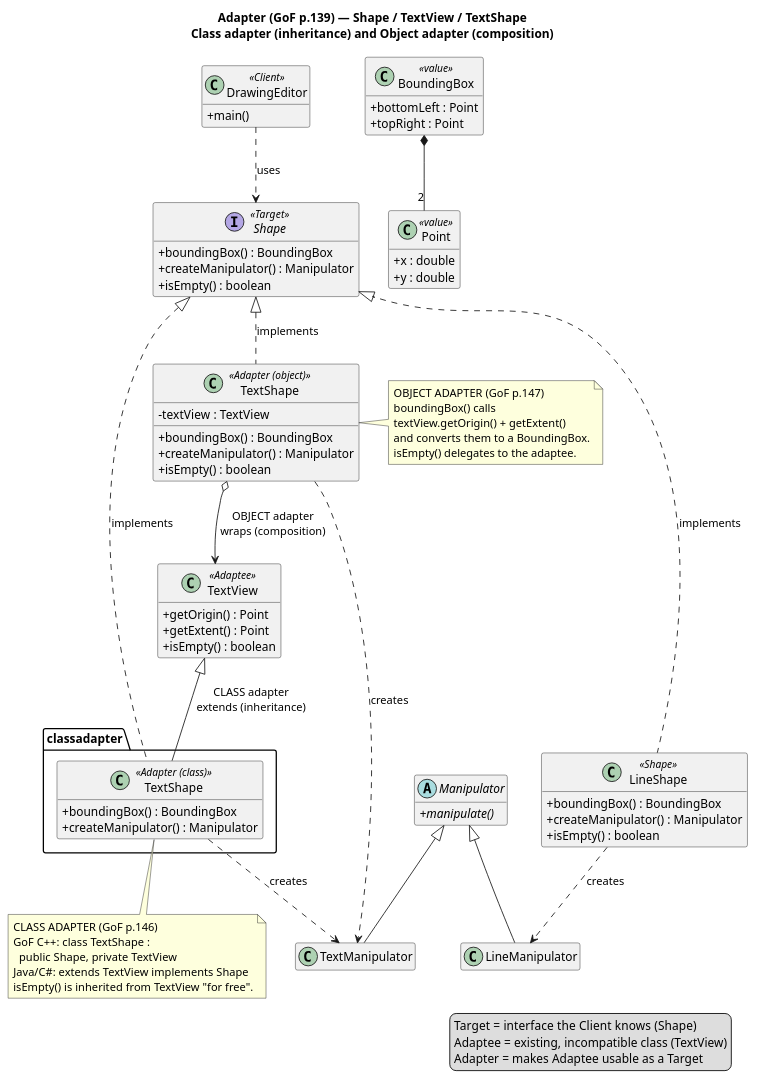
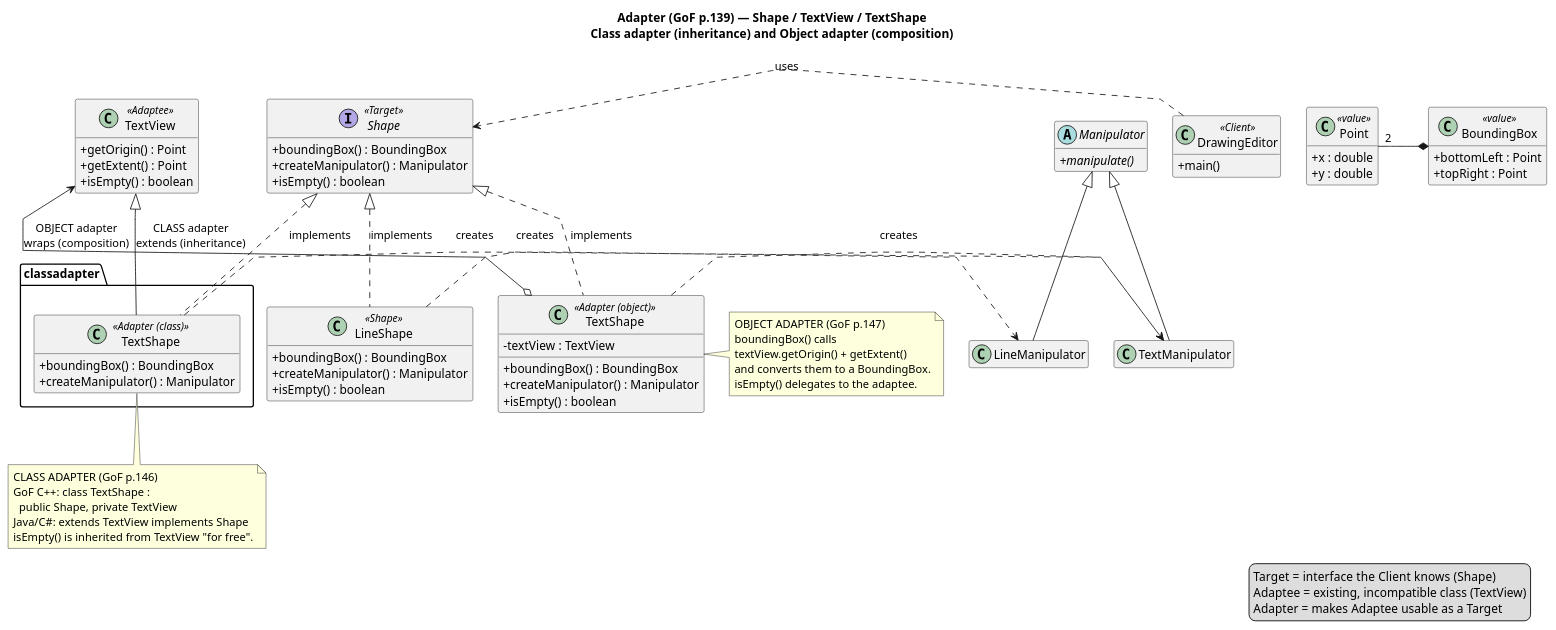
The diagram in src/main/java/dev/kaldiroglu/dp/structural/adapter/gof/CD4.puml (kaldiroglu/DesignPatternsWithJava), drawn with PlantUML before and after one commit. The commit also changed 145 other files, not shown here.

Commit message:
Structural diagrams: each parent above and centered over its children, on one row, with straight lines; pm and pluggable adapter diagrams name the current methods and classes

```diff
--- a/src/main/java/dev/kaldiroglu/dp/structural/adapter/gof/CD4.puml
+++ b/src/main/java/dev/kaldiroglu/dp/structural/adapter/gof/CD4.puml
@@ -6,106 +6,108 @@
 @startuml adapter-class-diagram
+skinparam linetype polyline
+skinparam nodesep 30
 title Adapter (GoF p.139) — Shape / TextView / TextShape\nClass adapter (inheritance) and Object adapter (composition)
 
 skinparam classAttributeIconSize 0
 skinparam shadowing false
 hide empty members
 
 ' ---------- Target ----------
 interface Shape <<Target>> {
   +boundingBox() : BoundingBox
   +createManipulator() : Manipulator
   +isEmpty() : boolean
 }
 
 ' ---------- Adaptee ----------
 class TextView <<Adaptee>> {
   +getOrigin() : Point
   +getExtent() : Point
   +isEmpty() : boolean
 }
 
 ' ---------- Object Adapter ----------
 class TextShape <<Adapter (object)>> {
   -textView : TextView
   +boundingBox() : BoundingBox
   +createManipulator() : Manipulator
   +isEmpty() : boolean
 }
 
 ' ---------- Class Adapter ----------
 package classadapter {
   class "TextShape" as ClassTextShape <<Adapter (class)>> {
     +boundingBox() : BoundingBox
     +createManipulator() : Manipulator
   }
 }
 
 ' ---------- A native (non-adapted) Shape ----------
 class LineShape <<Shape>> {
   +boundingBox() : BoundingBox
   +createManipulator() : Manipulator
   +isEmpty() : boolean
 }
 
 ' ---------- Client ----------
 class DrawingEditor <<Client>> {
   +main()
 }
 
 ' ---------- Manipulators (factory products) ----------
 abstract class Manipulator {
   +{abstract} manipulate()
 }
 class TextManipulator
 class LineManipulator
 
 ' ---------- Value objects ----------
 class Point <<value>> {
   +x : double
   +y : double
 }
 class BoundingBox <<value>> {
   +bottomLeft : Point
   +topRight : Point
 }
 
 ' ===== Relationships =====
 Shape <|.. TextShape : implements
 Shape <|.. LineShape : implements
-TextShape o--> TextView : OBJECT adapter\nwraps (composition)
 
 Shape <|.. ClassTextShape : implements
 TextView <|-- ClassTextShape : CLASS adapter\nextends (inheritance)
 
-DrawingEditor ..> Shape : uses
 
 Manipulator <|-- TextManipulator
 Manipulator <|-- LineManipulator
-TextShape ..> TextManipulator : creates
-ClassTextShape ..> TextManipulator : creates
-LineShape ..> LineManipulator : creates
 
-BoundingBox *-- "2" Point
 
 note right of TextShape
   OBJECT ADAPTER (GoF p.147)
   boundingBox() calls
   textView.getOrigin() + getExtent()
   and converts them to a BoundingBox.
   isEmpty() delegates to the adaptee.
 end note
 
 note bottom of ClassTextShape
   CLASS ADAPTER (GoF p.146)
   GoF C++: class TextShape :
     public Shape, private TextView
   Java/C#: extends TextView implements Shape
   isEmpty() is inherited from TextView "for free".
 end note
 
 legend right
   Target  = interface the Client knows (Shape)
   Adaptee = existing, incompatible class (TextView)
   Adapter = makes Adaptee usable as a Target
 endlegend
+TextShape o-[norank]-> TextView : OBJECT adapter\nwraps (composition)
+DrawingEditor .[norank].> Shape : uses
+TextShape .[norank].> TextManipulator : creates
+ClassTextShape .[norank].> TextManipulator : creates
+LineShape .[norank].> LineManipulator : creates
+BoundingBox *-[norank]- "2" Point
 @enduml
```
